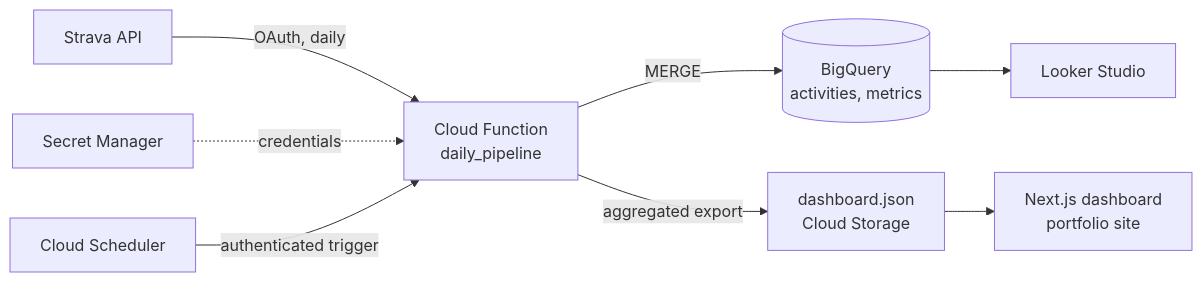
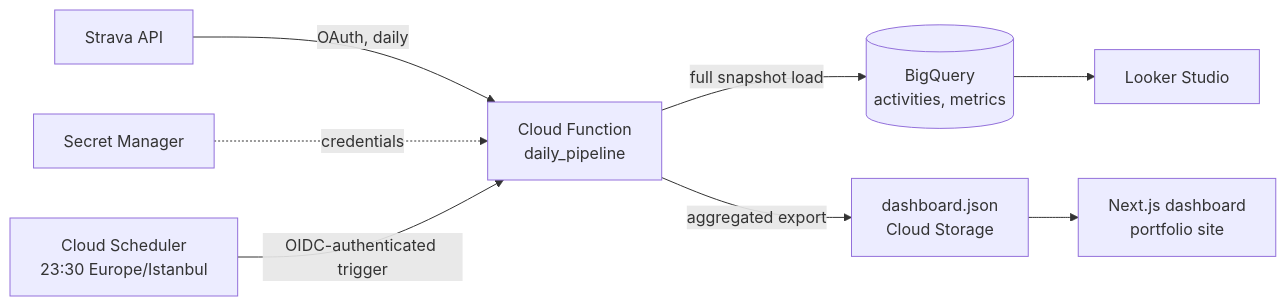
The diagram in README.md (ac-ozdemir/training-performance-dashboard), drawn with Mermaid before and after one commit. The commit also changed other lines of this file and 1 other file, not shown here.

````diff
--- a/README.md
+++ b/README.md
@@ -13,10 +13,10 @@
 ```mermaid
 flowchart LR
     S[Strava API] -->|OAuth, daily| F[Cloud Function<br/>daily_pipeline]
     SM[Secret Manager] -.->|credentials| F
-    C[Cloud Scheduler] -->|authenticated trigger| F
-    F -->|MERGE| BQ[(BigQuery<br/>activities, metrics)]
+    C[Cloud Scheduler<br/>23:30 Europe/Istanbul] -->|OIDC-authenticated trigger| F
+    F -->|full snapshot load| BQ[(BigQuery<br/>activities, metrics)]
     F -->|aggregated export| J[dashboard.json<br/>Cloud Storage]
     J --> D[Next.js dashboard<br/>portfolio site]
     BQ --> L[Looker Studio]
 ```
````
